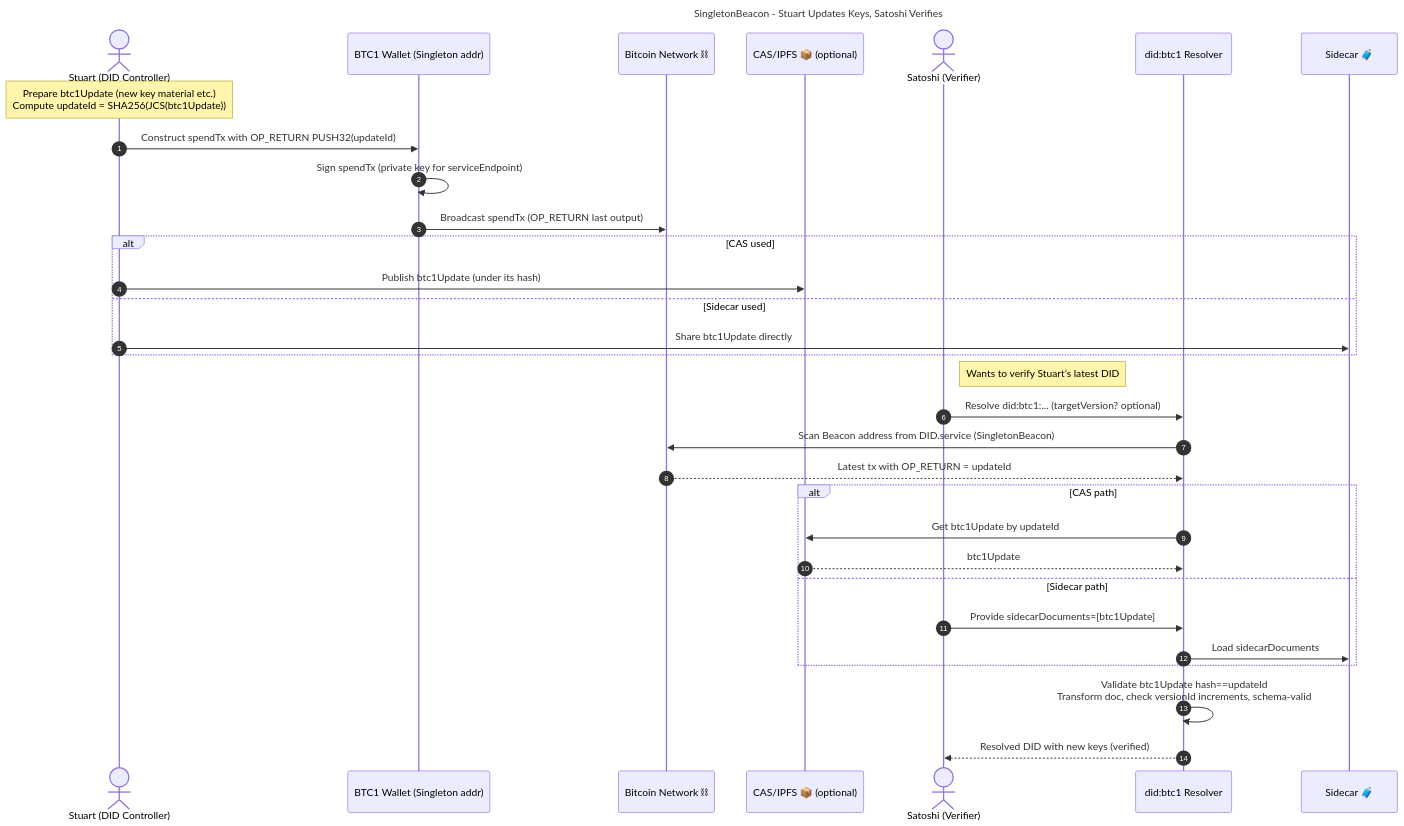
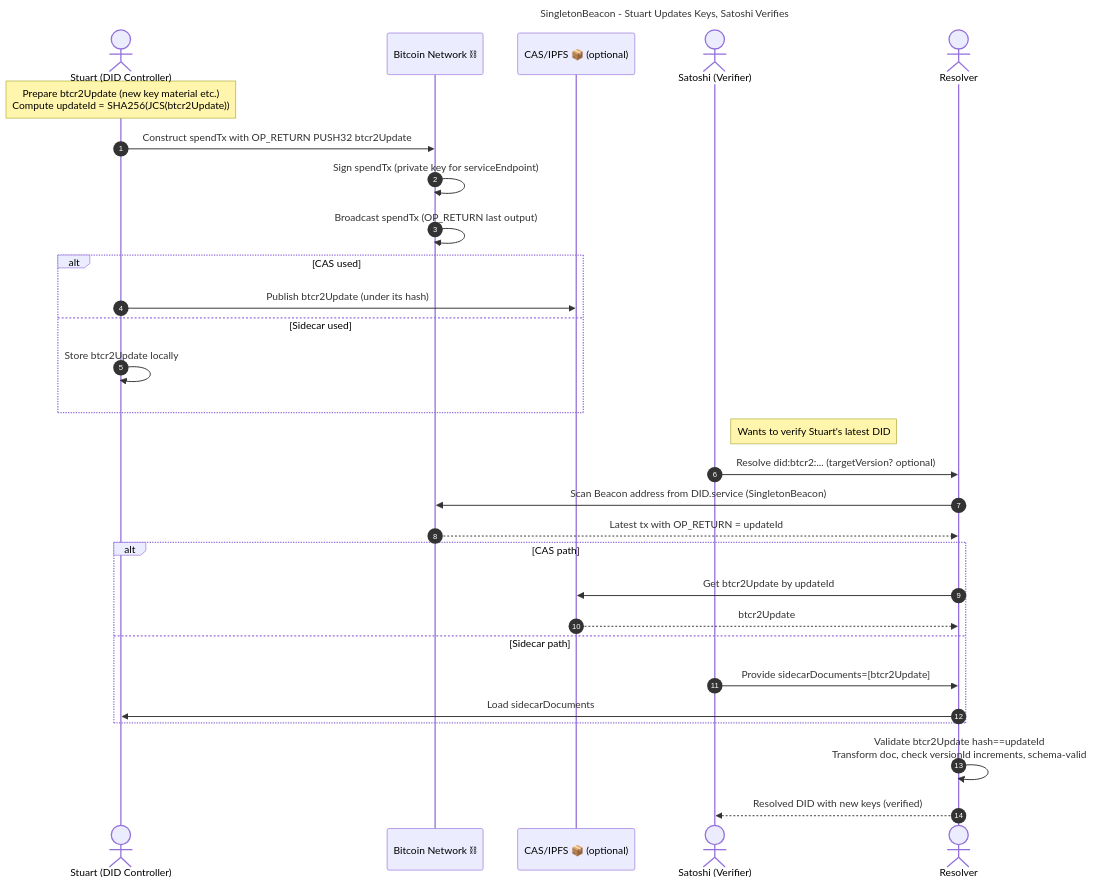
Before and after one commit to jintekc/website-btcr2-dev: the diagram in docs/public/diagrams/okrs/o1-kr2.1.mmd, drawn with Mermaid. The commit also changed 20 other files, not shown here.

```diff
--- a/docs/public/diagrams/okrs/o1-kr2.1.mmd
+++ b/docs/public/diagrams/okrs/o1-kr2.1.mmd
@@ -1,41 +1,39 @@
 ---
 title: SingletonBeacon - Stuart Updates Keys, Satoshi Verifies
 ---
 
 sequenceDiagram
     autonumber
     actor Stu as Stuart (DID Controller)
-    participant Wal as BTC1 Wallet (Singleton addr)
     participant BTC as Bitcoin Network ⛓
     participant CAS as CAS/IPFS 📦 (optional)
     actor Sat as Satoshi (Verifier)
-    participant Res as did:btc1 Resolver
-    participant Side as Sidecar 🧳
+    actor Res as Resolver
 
-    Note over Stu: Prepare btc1Update (new key material etc.)<br/>Compute updateId = SHA256(JCS(btc1Update))
+    Note over Stu: Prepare btcr2Update (new key material etc.)<br/>Compute updateId = SHA256(JCS(btcr2Update))
 
-    Stu->>Wal: Construct spendTx with OP_RETURN PUSH32(updateId)
-    Wal->>Wal: Sign spendTx (private key for serviceEndpoint)
-    Wal->>BTC: Broadcast spendTx (OP_RETURN last output)
+    Stu->>BTC: Construct spendTx with OP_RETURN PUSH32 btcr2Update
+    BTC->>BTC: Sign spendTx (private key for serviceEndpoint)
+    BTC->>BTC: Broadcast spendTx (OP_RETURN last output)
     alt CAS used
-      Stu->>CAS: Publish btc1Update (under its hash)
+      Stu->>CAS: Publish btcr2Update (under its hash)
     else Sidecar used
-      Stu->>Side: Share btc1Update directly
+      Stu->>Stu: Store btcr2Update locally
     end
 
-    Note right of Sat: Wants to verify Stuart’s latest DID
+    Note right of Sat: Wants to verify Stuart's latest DID
 
-    Sat->>Res: Resolve did:btc1:... (targetVersion? optional)
+    Sat->>Res: Resolve did:btcr2:... (targetVersion? optional)
     Res->>BTC: Scan Beacon address from DID.service (SingletonBeacon)
     BTC-->>Res: Latest tx with OP_RETURN = updateId
 
     alt CAS path
-      Res->>CAS: Get btc1Update by updateId
-      CAS-->>Res: btc1Update
+      Res->>CAS: Get btcr2Update by updateId
+      CAS-->>Res: btcr2Update
     else Sidecar path
-      Sat->>Res: Provide sidecarDocuments=[btc1Update]
-      Res->>Side: Load sidecarDocuments
+      Sat->>Res: Provide sidecarDocuments=[btcr2Update]
+      Res->>Stu: Load sidecarDocuments
     end
 
-    Res->>Res: Validate btc1Update hash==updateId<br/>Transform doc, check versionId increments, schema-valid
+    Res->>Res: Validate btcr2Update hash==updateId<br/>Transform doc, check versionId increments, schema-valid
     Res-->>Sat: Resolved DID with new keys (verified)
```
